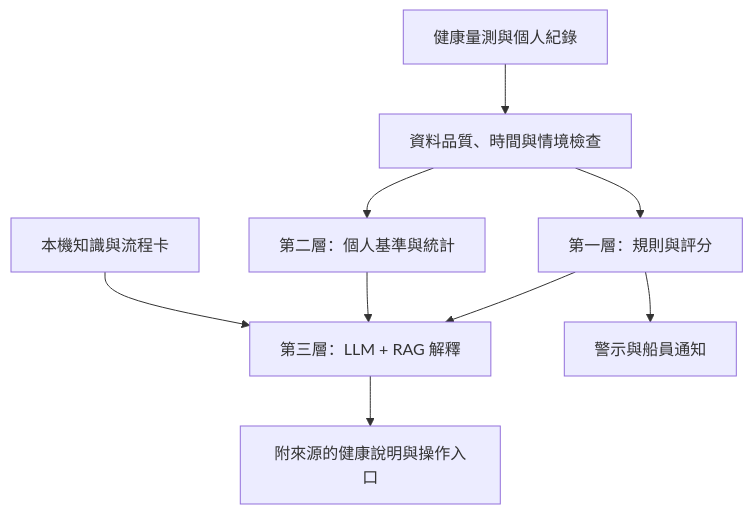
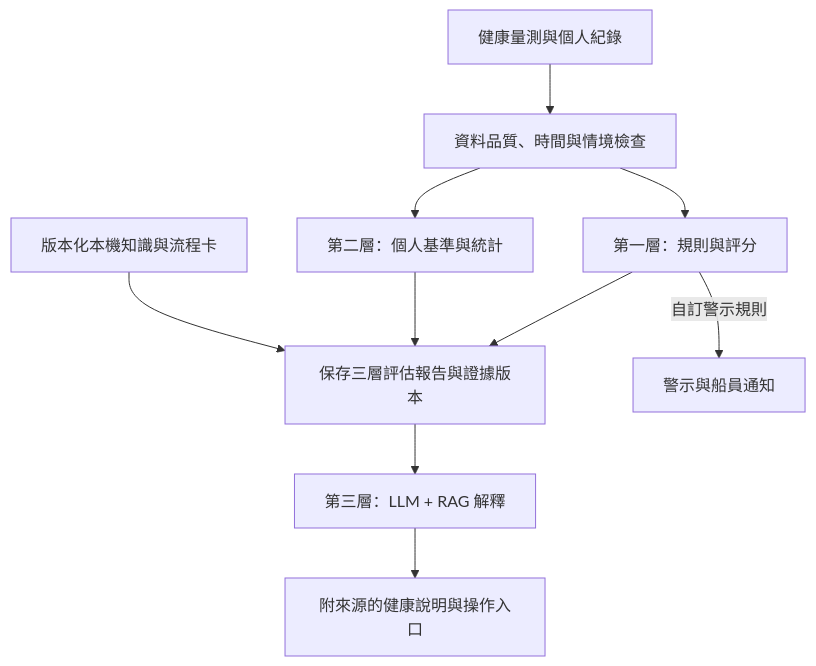
The diagram in README.zh-TW.md (Silver369dragon/nasahackathon2026), drawn with Mermaid before and after one commit. The commit also changed other lines of this file and 1 other file, not shown here.

````diff
--- a/README.zh-TW.md
+++ b/README.zh-TW.md
@@ -57,11 +59,12 @@
 ```mermaid
 flowchart TD
     A["健康量測與個人紀錄"] --> B["資料品質、時間與情境檢查"]
     B --> C["第一層：規則與評分"]
     B --> D["第二層：個人基準與統計"]
-    C --> E["第三層：LLM + RAG 解釋"]
-    D --> E
-    K["本機知識與流程卡"] --> E
-    C --> F["警示與船員通知"]
+    C --> R["保存三層評估報告與證據版本"]
+    D --> R
+    K["版本化本機知識與流程卡"] --> R
+    R --> E["第三層：LLM + RAG 解釋"]
+    C -->|自訂警示規則| F["警示與船員通知"]
     E --> G["附來源的健康說明與操作入口"]
 ```
````
